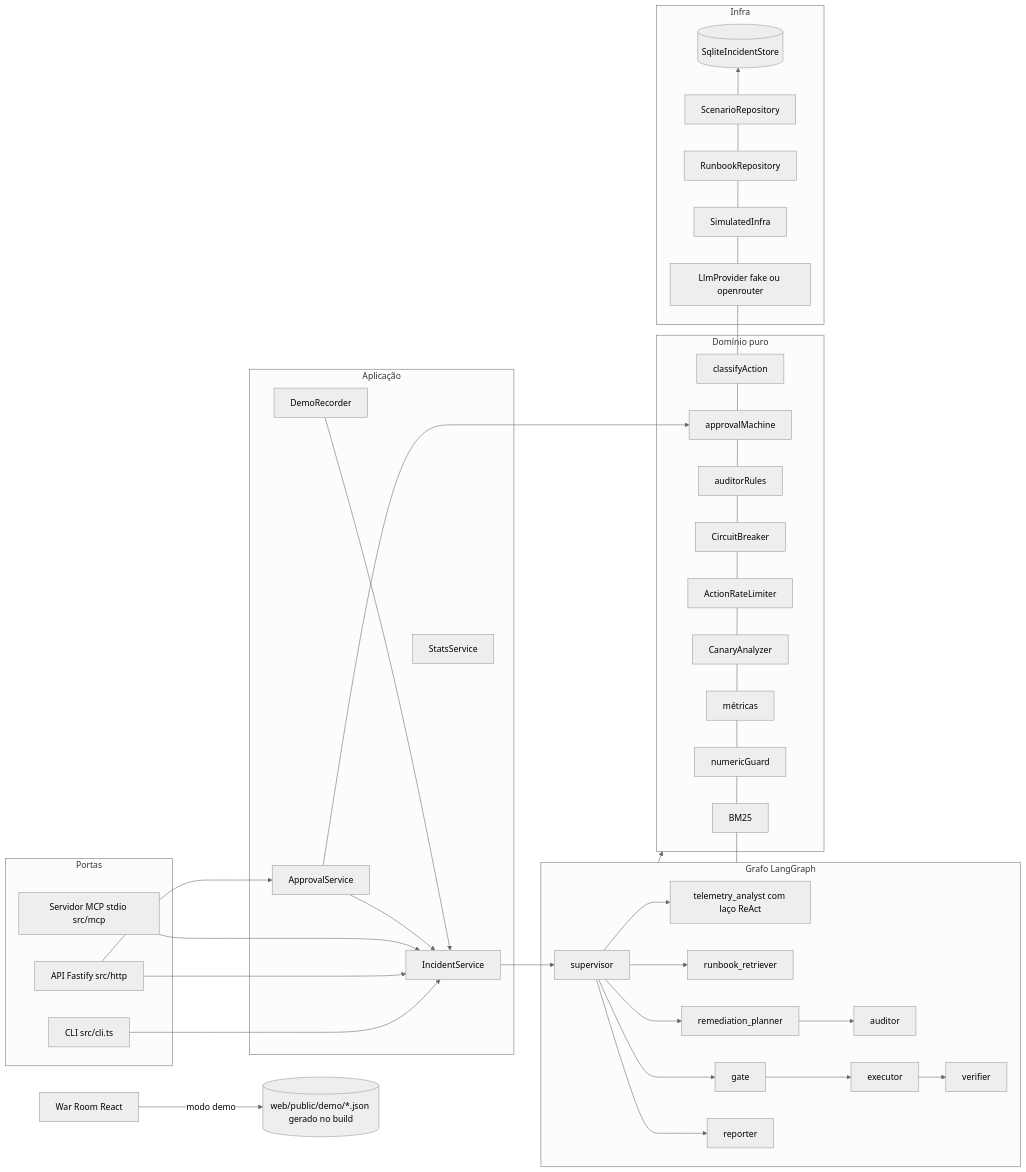
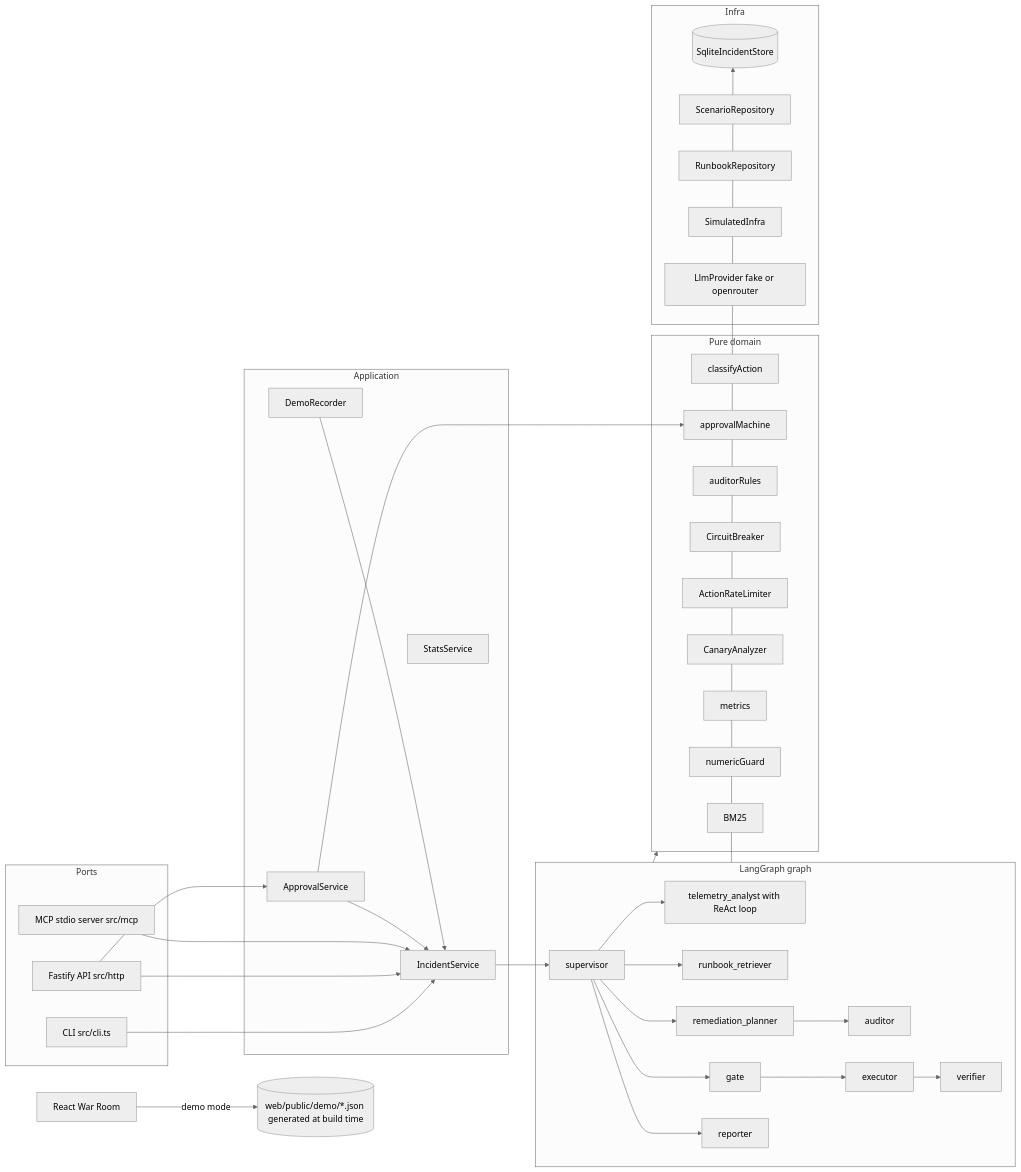
The first of 3 diagrams in docs/architecture.md (flaviorg/incident-copilot), drawn with Mermaid (neutral theme) before and after one commit. The commit also changed other lines of this file and 24 other files, not shown here.

````diff
--- a/docs/architecture.md
+++ b/docs/architecture.md
@@ -16,51 +16,51 @@
 ```mermaid
 flowchart LR
-  subgraph PORTAS [Portas]
+  subgraph PORTAS [Ports]
     CLI["CLI src/cli.ts"]
-    API["API Fastify src/http"]
-    MCP["Servidor MCP stdio src/mcp"]
+    API["Fastify API src/http"]
+    MCP["MCP stdio server src/mcp"]
   end
-  subgraph APP [Aplicação]
+  subgraph APP [Application]
     IS[IncidentService]
     AS[ApprovalService]
     SS[StatsService]
     DR[DemoRecorder]
   end
-  subgraph GRAFO [Grafo LangGraph]
-    SUP[supervisor] --> TEL[telemetry_analyst com laço ReAct]
+  subgraph GRAFO [LangGraph graph]
+    SUP[supervisor] --> TEL[telemetry_analyst with ReAct loop]
     SUP --> RB[runbook_retriever]
     SUP --> PL[remediation_planner] --> AU[auditor]
     SUP --> GT[gate]
     GT --> EX[executor] --> VE[verifier]
     SUP --> RP[reporter]
   end
-  subgraph DOMINIO [Domínio puro]
+  subgraph DOMINIO [Pure domain]
     CL[classifyAction]
     AM[approvalMachine]
     AR[auditorRules]
     CB[CircuitBreaker]
     RL[ActionRateLimiter]
     CA[CanaryAnalyzer]
-    MT[métricas]
+    MT[metrics]
     NG[numericGuard]
     BM[BM25]
   end
   subgraph INFRA [Infra]
     ST[(SqliteIncidentStore)]
     SC[ScenarioRepository]
     RR[RunbookRepository]
     SI[SimulatedInfra]
-    LLM[LlmProvider fake ou openrouter]
+    LLM[LlmProvider fake or openrouter]
   end
   CLI --> IS
   API --> IS
   API --> AS
   MCP --> IS
   IS --> SUP
   AS --> AM
   AS --> IS
   GRAFO --> ST
   GRAFO --> DOMINIO
   DR --> IS
-  WR[War Room React] -- modo demo --> JSON[("web/public/demo/*.json gerado no build")]
+  WR[React War Room] -- demo mode --> JSON[("web/public/demo/*.json generated at build time")]
 ```
````
